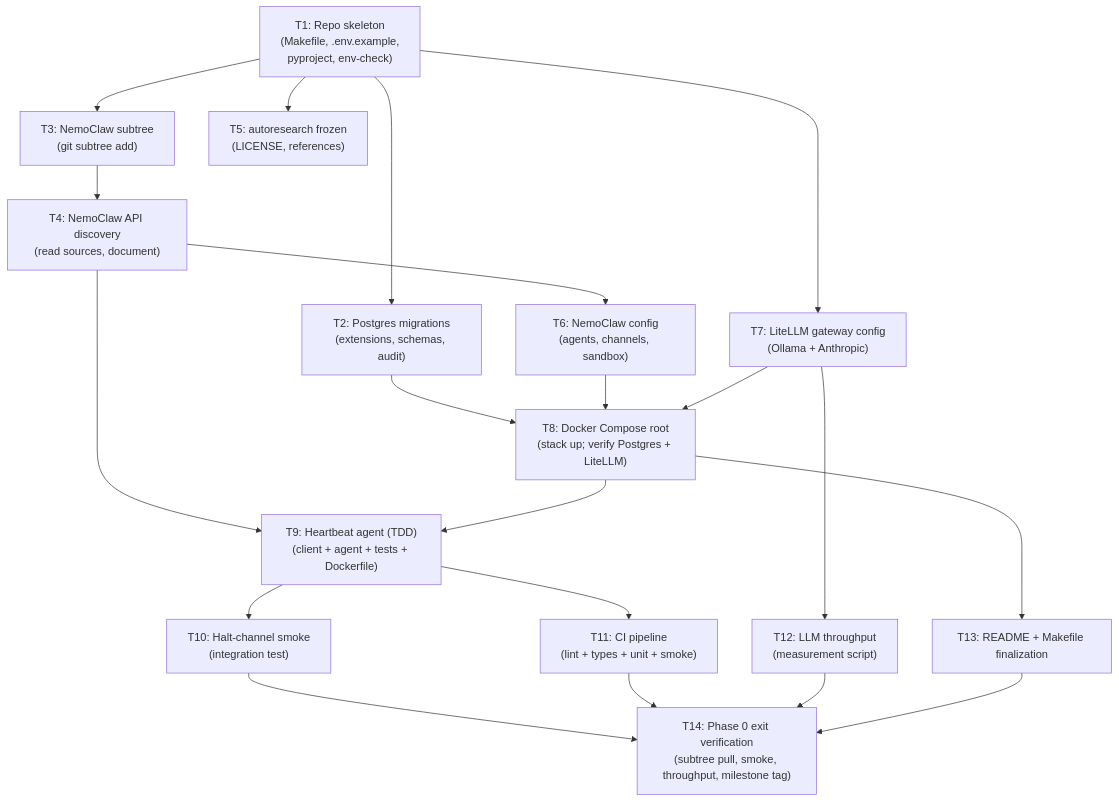
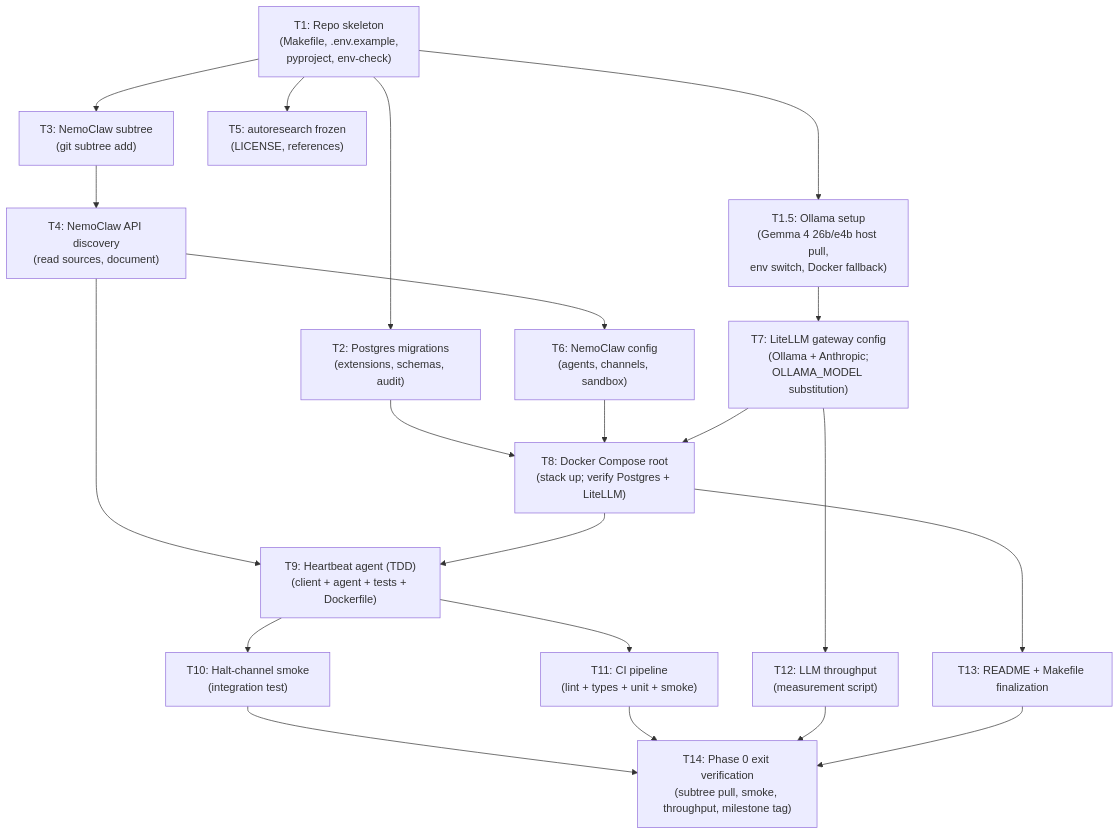
Before and after one commit to rounakskm/Mahoraga: the diagram in docs/superpowers/specs/phase-0-substrate-bringup/tasks.md, drawn with Mermaid. The commit also changed other lines of this file and 1 other file, not shown here.

First line of the commit message:
Insert Task 1.5 (Ollama Gemma 4 setup) into Phase 0 plan

````diff
--- a/docs/superpowers/specs/phase-0-substrate-bringup/tasks.md
+++ b/docs/superpowers/specs/phase-0-substrate-bringup/tasks.md
@@ -7,37 +7,39 @@
 ```mermaid
 graph TD
     T1["T1: Repo skeleton<br/>(Makefile, .env.example,<br/>pyproject, env-check)"]
+    T1A["T1.5: Ollama setup<br/>(Gemma 4 26b/e4b host pull,<br/>env switch, Docker fallback)"]
     T2["T2: Postgres migrations<br/>(extensions, schemas, audit)"]
     T3["T3: NemoClaw subtree<br/>(git subtree add)"]
     T4["T4: NemoClaw API discovery<br/>(read sources, document)"]
     T5["T5: autoresearch frozen<br/>(LICENSE, references)"]
     T6["T6: NemoClaw config<br/>(agents, channels, sandbox)"]
-    T7["T7: LiteLLM gateway config<br/>(Ollama + Anthropic)"]
+    T7["T7: LiteLLM gateway config<br/>(Ollama + Anthropic;<br/>OLLAMA_MODEL substitution)"]
     T8["T8: Docker Compose root<br/>(stack up; verify Postgres + LiteLLM)"]
     T9["T9: Heartbeat agent (TDD)<br/>(client + agent + tests + Dockerfile)"]
     T10["T10: Halt-channel smoke<br/>(integration test)"]
     T11["T11: CI pipeline<br/>(lint + types + unit + smoke)"]
     T12["T12: LLM throughput<br/>(measurement script)"]
     T13["T13: README + Makefile finalization"]
     T14["T14: Phase 0 exit verification<br/>(subtree pull, smoke, throughput, milestone tag)"]
 
+    T1 --> T1A
     T1 --> T2
     T1 --> T3
     T1 --> T5
-    T1 --> T7
+    T1A --> T7
     T3 --> T4
     T4 --> T6
     T4 --> T9
     T2 --> T8
     T6 --> T8
     T7 --> T8
     T8 --> T9
     T9 --> T10
     T9 --> T11
     T7 --> T12
     T8 --> T13
     T10 --> T14
     T11 --> T14
     T12 --> T14
     T13 --> T14
 ```
````
